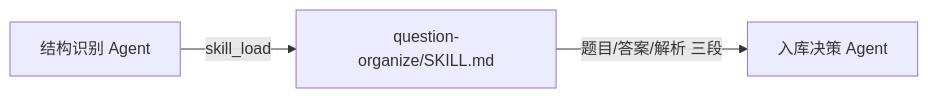
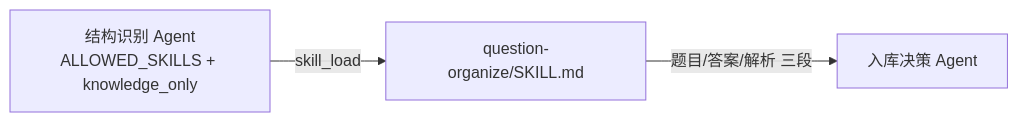
The diagram in docs/agent/skills/README.md (ttzc/gaokao_rag), drawn with Mermaid before and after one commit. The commit also changed other lines of this file and 9 other files, not shown here.

Commit message:
feat(skills): Skill 白名单硬约束——共享构造上提 skills 包，agent 级 ALLOWED_SKILLS 过滤，同步文档

````diff
--- a/docs/agent/skills/README.md
+++ b/docs/agent/skills/README.md
@@ -34,5 +51,5 @@
 ```mermaid
 flowchart LR
-    S[结构识别 Agent] -->|skill_load| Q[question-organize/SKILL.md]
+    S[结构识别 Agent<br/>ALLOWED_SKILLS + knowledge_only] -->|skill_load| Q[question-organize/SKILL.md]
     Q -->|题目/答案/解析 三段| D[入库决策 Agent]
 ```
````
